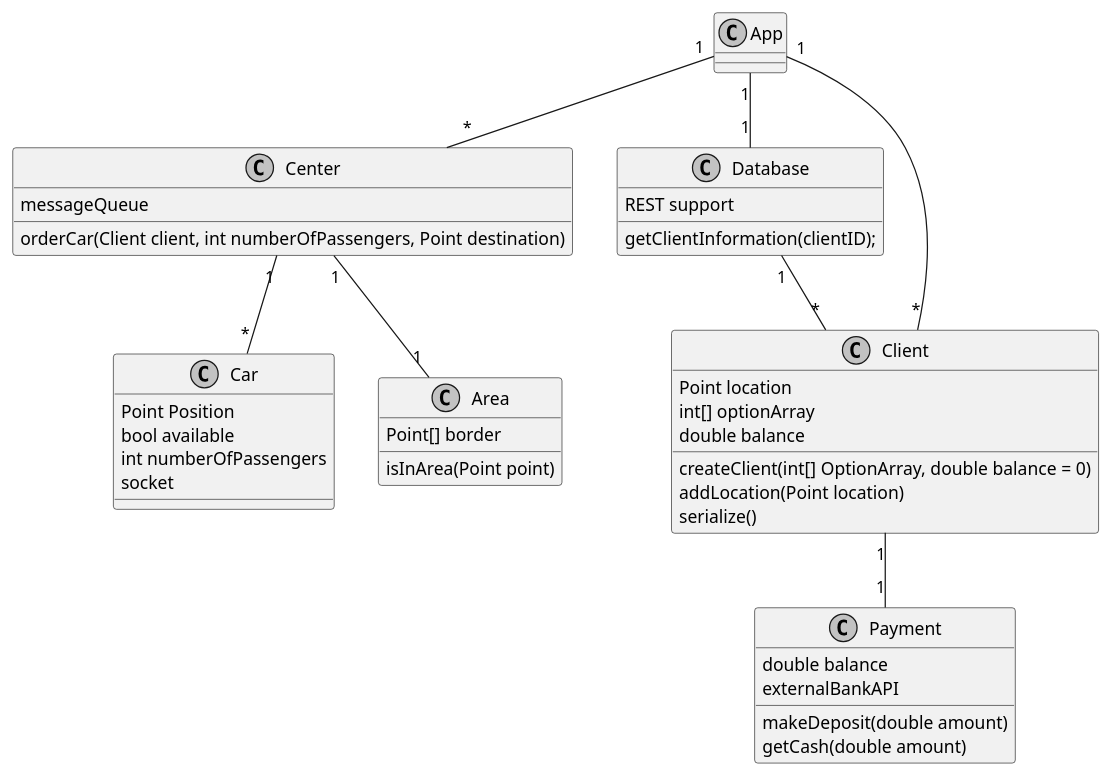
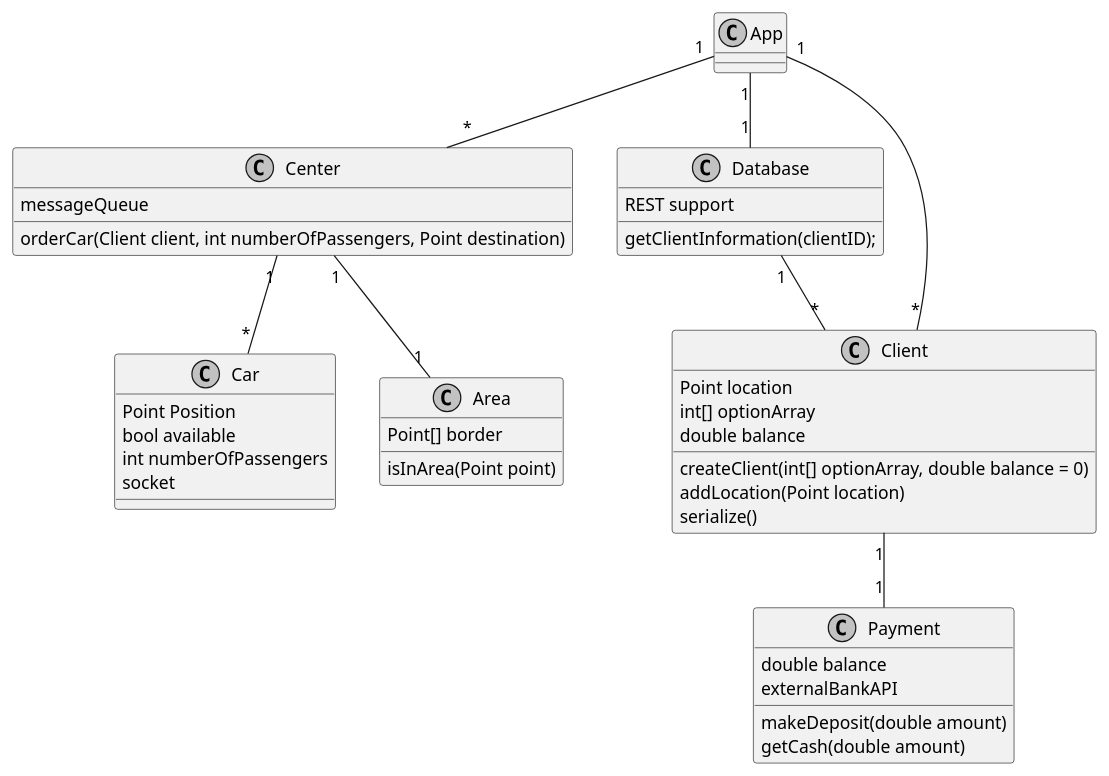
Before and after one commit to TwanSchoonen/Networking2018: the diagram in Diagrams/classDiagram.org, drawn with PlantUML. The commit also changed 16 other files, not shown here.

```diff
--- a/Diagrams/classDiagram.org
+++ b/Diagrams/classDiagram.org
@@ -1,64 +1,64 @@
 #+begin_src plantuml :file classDiagram.png
 @startuml
 skinparam {
   monochrome true
 }
 
 class Car {
   Point Position
   bool available
   int numberOfPassengers
   socket
 
 }
 
 class Area {
   Point[] border
   
   isInArea(Point point)
 }
 
 class Center {
   messageQueue
 
   orderCar(Client client, int numberOfPassengers, Point destination)
   
 }
 
 class Database {
   REST support
   getClientInformation(clientID);
 }
 
 class App {
   
 }
 
 class Payment {
   double balance
   externalBankAPI
 
   makeDeposit(double amount)
   getCash(double amount)
 }
 
 class Client {
   Point location
   int[] optionArray
   double balance
 
-  createClient(int[] OptionArray, double balance = 0)
+  createClient(int[] optionArray, double balance = 0)
   addLocation(Point location)
   serialize()
 }
 
 App "1" -- "*" Client
 App "1" -- "*" Center
 Center "1" -- "*" Car
 Center "1" -- "1" Area
 App "1" -- "1" Database
 Database "1" -- "*" Client
 Client "1" -- "1" Payment
 
 @enduml
 #+END_SRC
```
